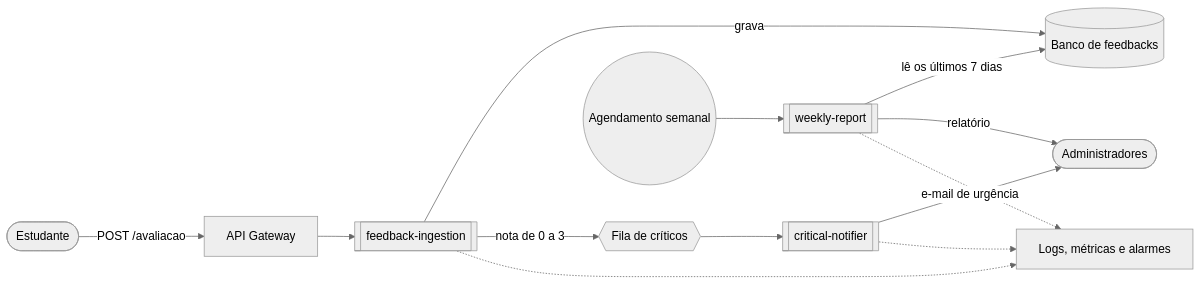
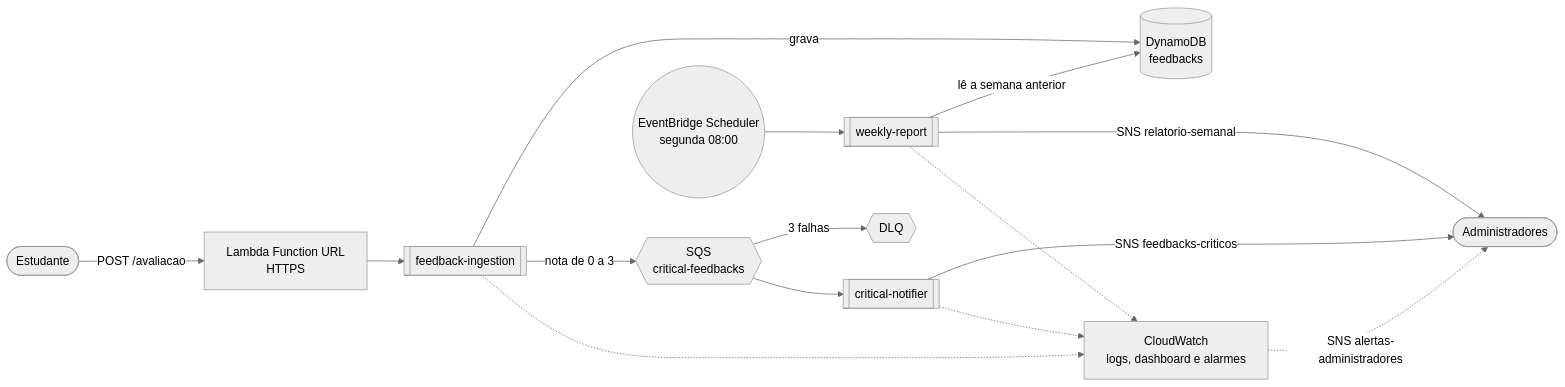
One commit to John-Duque/12ADJT-fase-4 changed the first of 2 diagrams in README.md. Above: the diagram before and after it, drawn with Mermaid (neutral theme). The commit also changed other lines of this file, not shown here.

````diff
--- a/README.md
+++ b/README.md
@@ -67,13 +68,15 @@
 ```mermaid
 flowchart LR
-    estudante([Estudante]) -->|POST /avaliacao| gw[API Gateway]
-    gw --> ingestion[[feedback-ingestion]]
-    ingestion -->|grava| db[(Banco de feedbacks)]
-    ingestion -->|nota de 0 a 3| fila{{Fila de críticos}}
+    estudante([Estudante]) -->|POST /avaliacao| url[Lambda Function URL<br/>HTTPS]
+    url --> ingestion[[feedback-ingestion]]
+    ingestion -->|grava| db[(DynamoDB<br/>feedbacks)]
+    ingestion -->|nota de 0 a 3| fila{{SQS<br/>critical-feedbacks}}
+    fila -->|3 falhas| dlq{{DLQ}}
     fila --> notifier[[critical-notifier]]
-    notifier -->|e-mail de urgência| admin([Administradores])
-    agenda((Agendamento semanal)) --> report[[weekly-report]]
-    report -->|lê os últimos 7 dias| db
-    report -->|relatório| admin
-    ingestion & notifier & report -.-> mon[Logs, métricas e alarmes]
+    notifier -->|SNS feedbacks-criticos| admin([Administradores])
+    agenda((EventBridge Scheduler<br/>segunda 08:00)) --> report[[weekly-report]]
+    report -->|lê a semana anterior| db
+    report -->|SNS relatorio-semanal| admin
+    ingestion & notifier & report -.-> mon[CloudWatch<br/>logs, dashboard e alarmes]
+    mon -.->|SNS alertas-administradores| admin
 ```
````
